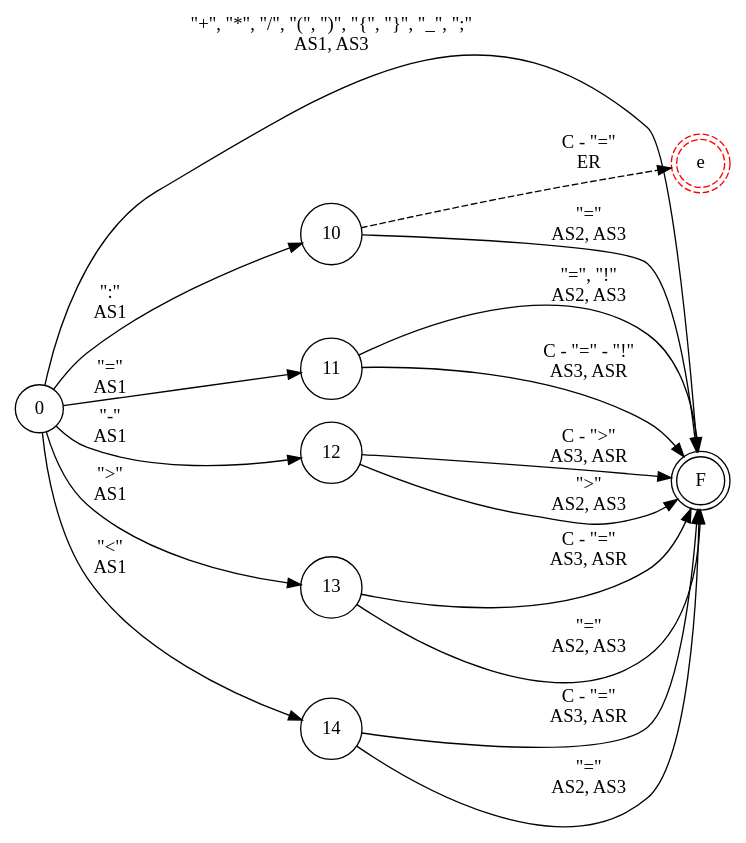
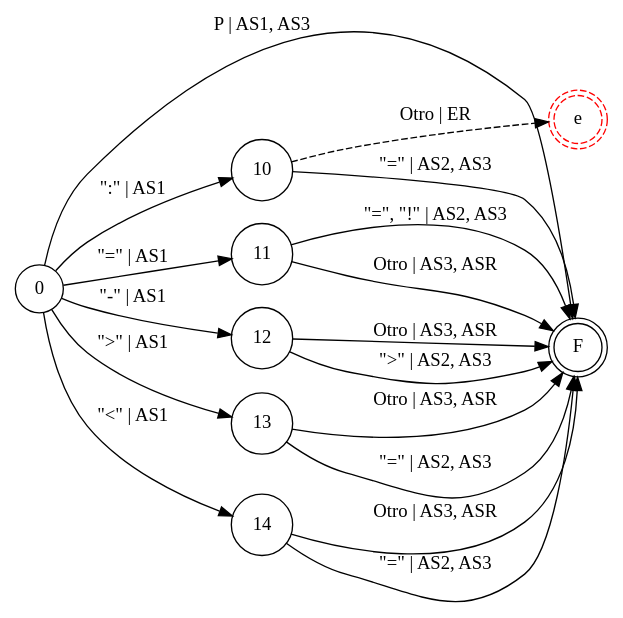
One commit to iroumec/RouVel-Compiler changed the diagram in resources/diagrams/errors/operators.dot. Above: the diagram before and after it, drawn with Graphviz. The commit also changed 12 other files, not shown here.

Commit message:
Graphs Improved

```diff
--- a/resources/diagrams/errors/operators.dot
+++ b/resources/diagrams/errors/operators.dot
@@ -1,23 +1,23 @@
 digraph DFA {
     rankdir = LR;
     node [shape = circle;];
     F [shape = doublecircle;];
     e [shape = doublecircle;style = dashed;color = red;];
     
-    0 -> 10 [label = "\":\" \n AS1";];
-    0 -> 11 [label = "\"=\" \n AS1";];
-    0 -> 12 [label = "\"-\" \n AS1";];
-    0 -> 13 [label = "\">\" \n AS1";];
-    0 -> 14 [label = "\"<\" \n AS1";];
-    0 -> F [label = "\"+\", \"*\", \"/\", \"(\", \")\", \"{\", \"}\", \"_\", \";\" \n AS1, AS3";];
-    10 -> F [label = "\"=\" \n AS2, AS3";];
-    10 -> e [label = "C - \"=\" \n ER"; style = dashed;];
-    11 -> F [label = "\"=\", \"!\" \n AS2, AS3";];
-    11 -> F [label = "C - \"=\" - \"!\" \n AS3, ASR";];
-    12 -> F [label = "\">\" \n AS2, AS3";];
-    12 -> F [label = "C - \">\" \n AS3, ASR";];
-    13 -> F [label = "\"=\" \n AS2, AS3";];
-    13 -> F [label = "C - \"=\" \n AS3, ASR";];
-    14 -> F [label = "\"=\" \n AS2, AS3";];
-    14 -> F [label = "C - \"=\" \n AS3, ASR";];
+    0 -> 10 [label = "\":\" | AS1";];
+    0 -> 11 [label = "\"=\" | AS1";];
+    0 -> 12 [label = "\"-\" | AS1";];
+    0 -> 13 [label = "\">\" | AS1";];
+    0 -> 14 [label = "\"<\" | AS1";];
+    0 -> F [label = "P | AS1, AS3";];
+    10 -> F [label = "\"=\" | AS2, AS3";];
+    10 -> e [label = "Otro | ER"; style = dashed;];
+    11 -> F [label = "\"=\", \"!\" | AS2, AS3";];
+    11 -> F [label = "Otro | AS3, ASR";];
+    12 -> F [label = "\">\" | AS2, AS3";];
+    12 -> F [label = "Otro | AS3, ASR";];
+    13 -> F [label = "\"=\" | AS2, AS3";];
+    13 -> F [label = "Otro | AS3, ASR";];
+    14 -> F [label = "\"=\" | AS2, AS3";];
+    14 -> F [label = "Otro | AS3, ASR";];
 }
```
